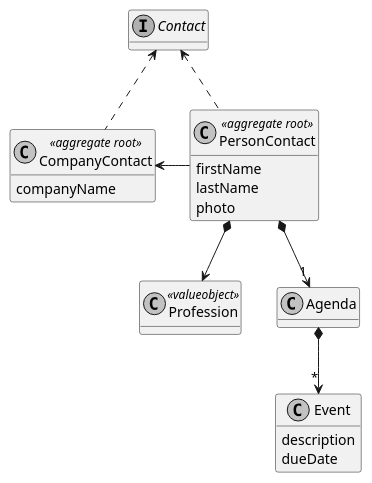
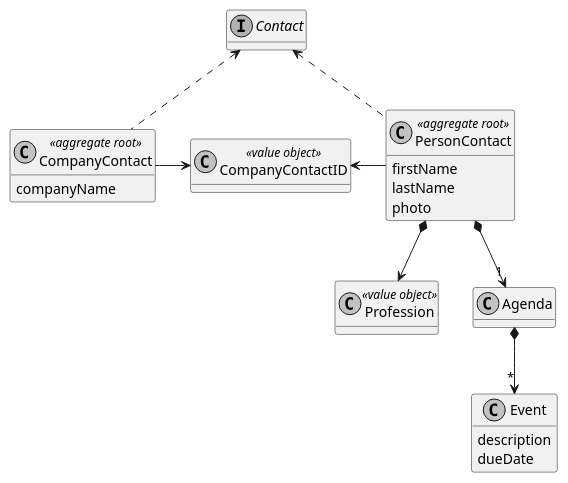
One commit to MikeTekOn/lapr4-2017-2dd changed the diagram in src/main/java/lapr4/green/s2/core/n1150738/contact/company/us10.1.2_concept_classes.puml. Above: the diagram before and after it, drawn with PlantUML. The commit also changed 1 other file, not shown here.

```diff
--- a/src/main/java/lapr4/green/s2/core/n1150738/contact/company/us10.1.2_concept_classes.puml
+++ b/src/main/java/lapr4/green/s2/core/n1150738/contact/company/us10.1.2_concept_classes.puml
@@ -1,36 +1,37 @@
 @startuml us10.1.2_concept_classes.png
 
 skinparam monochrome true
 skinparam packageStyle rect
 skinparam shadowing false
 
 hide methods
-
-class Profession <<valueobject>>
+class CompanyContactID <<value object>>
+class Profession <<value object>>
 class CompanyContact <<aggregate root>>{
     companyName
 }
 interface Contact
 class PersonContact <<aggregate root>> {
     firstName
     lastName
     photo
 }
 
 class Agenda {
 }
 
 class Event {
     description
     dueDate
 }
 
 Contact <.. CompanyContact
 Contact <.. PersonContact
-CompanyContact <-  PersonContact
+CompanyContact -> CompanyContactID
+CompanyContactID <-  PersonContact
 PersonContact *--> Profession
 PersonContact *--> "1" Agenda
 Agenda *--> "*" Event
 
 
 @enduml
```
